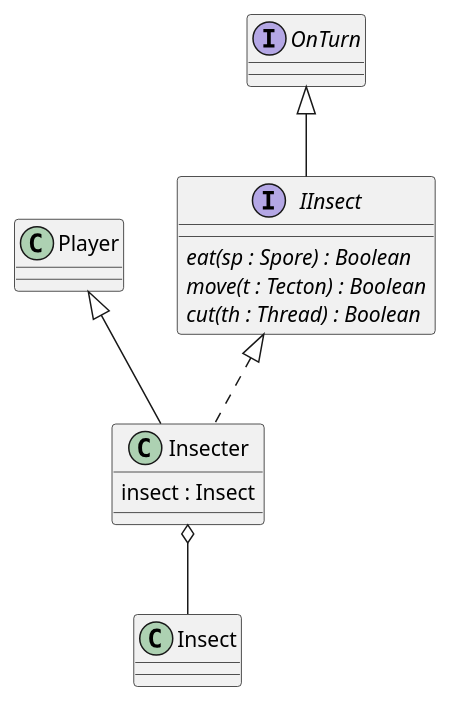
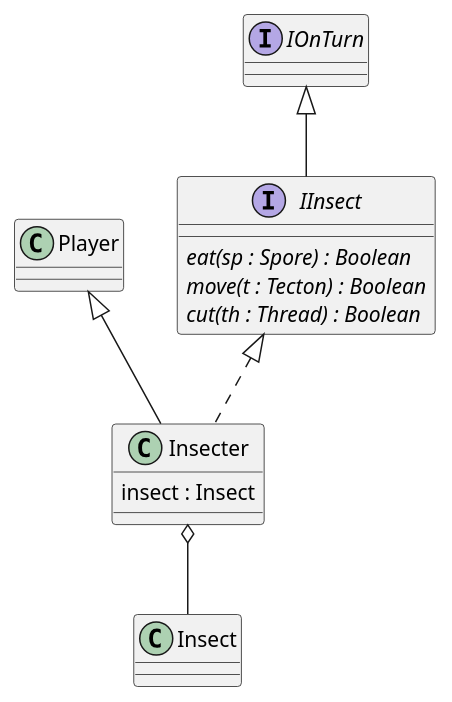
One commit to Petya-G/fungorium changed the diagram in 4/classes/player/insecter.puml. Above: the diagram before and after it, drawn with PlantUML. The commit also changed 8 other files, not shown here.

```diff
--- a/4/classes/player/insecter.puml
+++ b/4/classes/player/insecter.puml
@@ -1,14 +1,14 @@
 @startuml insecter
 
-interface IInsect implements OnTurn{
+interface IInsect implements IOnTurn{
     {abstract} eat(sp : Spore) : Boolean
     {abstract} move(t : Tecton) : Boolean
     {abstract} cut(th : Thread) : Boolean
 }
 
 Insecter o-- Insect
 class Insecter extends Player implements IInsect{
     insect : Insect
 }
 
 @enduml
```
